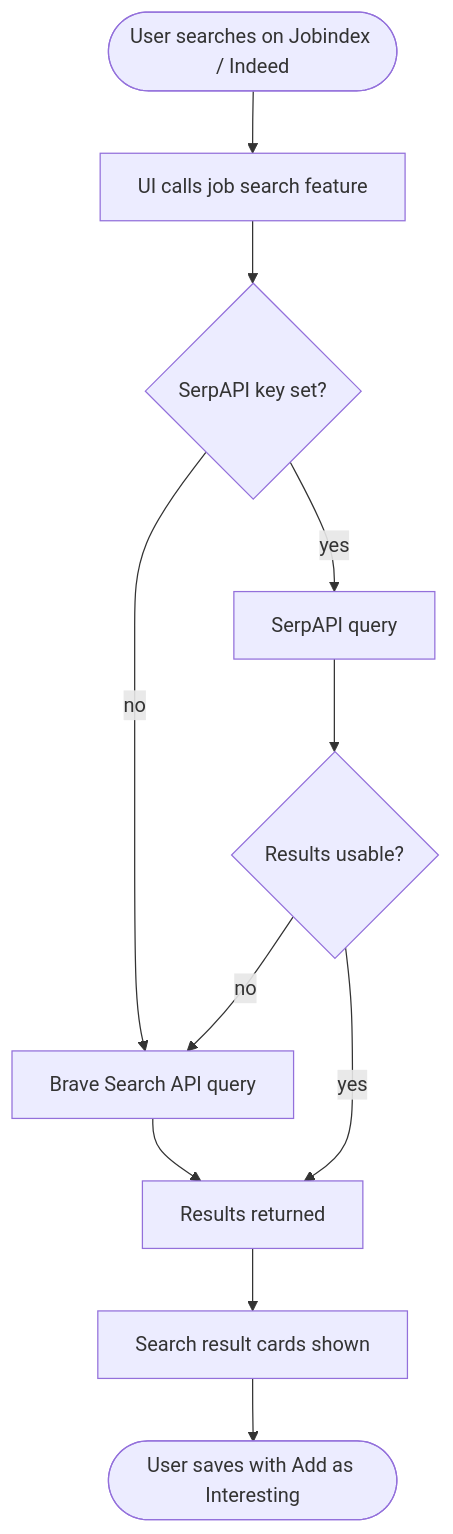
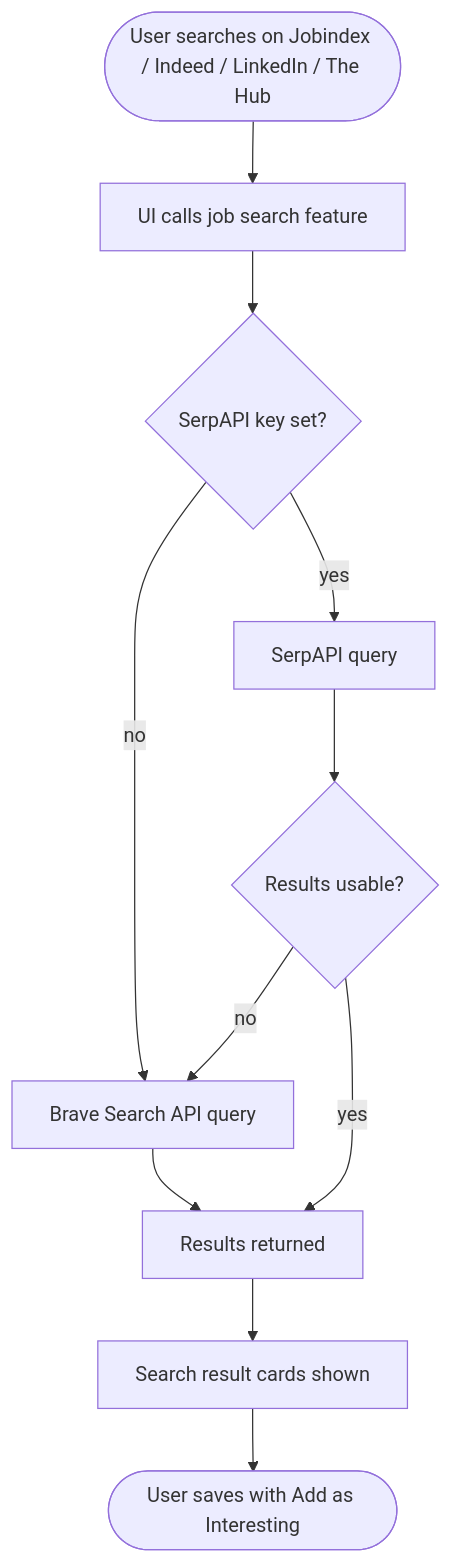
Before and after one commit to eikrad/Job-Tracker: the sixth of 7 diagrams in docs/architecture.md, drawn with Mermaid. The commit also changed 1 other file, not shown here.

Commit message:
docs: document The Hub platform and correct LinkedIn search behavior
Job Search docs still described 3 platforms with LinkedIn as browser-only,
but the code has supported The Hub as a 4th platform for a while, and
LinkedIn now goes through the same SerpAPI/Brave provider search as the
others instead of opening only in the browser.

````diff
--- a/docs/architecture.md
+++ b/docs/architecture.md
@@ -133,13 +133,13 @@
 ```mermaid
 flowchart TD
-    A([User searches on Jobindex / Indeed]) --> B[UI calls job search feature]
+    A([User searches on Jobindex / Indeed / LinkedIn / The Hub]) --> B[UI calls job search feature]
     B --> C{SerpAPI key set?}
     C -->|yes| D[SerpAPI query]
     C -->|no| E[Brave Search API query]
     D --> F{Results usable?}
     F -->|no| E
     E --> G[Results returned]
     F -->|yes| G
     G --> H[Search result cards shown]
     H --> I([User saves with Add as Interesting])
 ```
````
